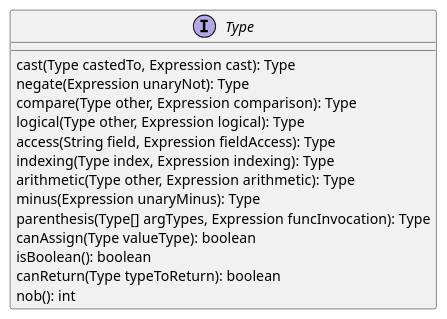
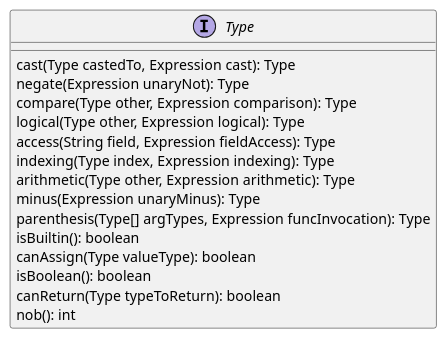
The diagram in diagrams/type.pu (InigoGutierrez/CmmCompiler), drawn with PlantUML before and after one commit. The commit also changed 24 other files, not shown here.

```diff
--- a/diagrams/type.pu
+++ b/diagrams/type.pu
@@ -1,21 +1,22 @@
 @startuml
 
 interface Type
 
 interface Type {
     cast(Type castedTo, Expression cast): Type
     negate(Expression unaryNot): Type
     compare(Type other, Expression comparison): Type
     logical(Type other, Expression logical): Type
     access(String field, Expression fieldAccess): Type
     indexing(Type index, Expression indexing): Type
     arithmetic(Type other, Expression arithmetic): Type
     minus(Expression unaryMinus): Type
     parenthesis(Type[] argTypes, Expression funcInvocation): Type
+    isBuiltin(): boolean
     canAssign(Type valueType): boolean
     isBoolean(): boolean
     canReturn(Type typeToReturn): boolean
     nob(): int
 }
 
 @enduml
```
